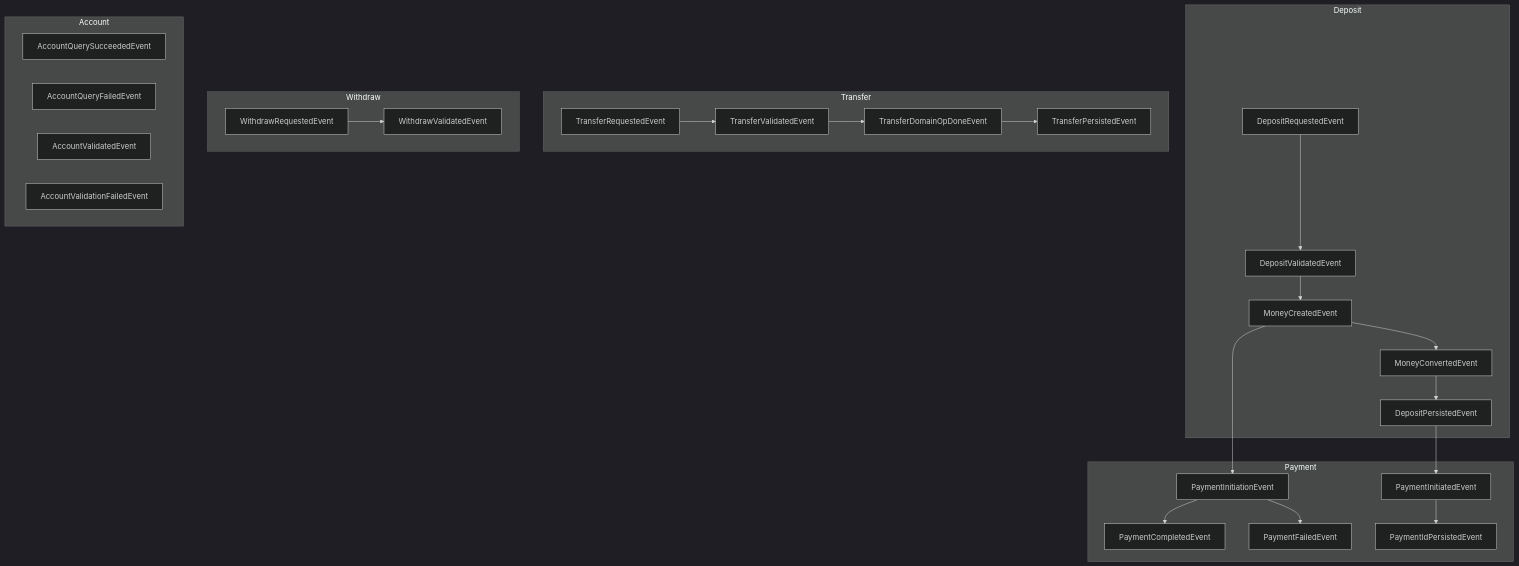
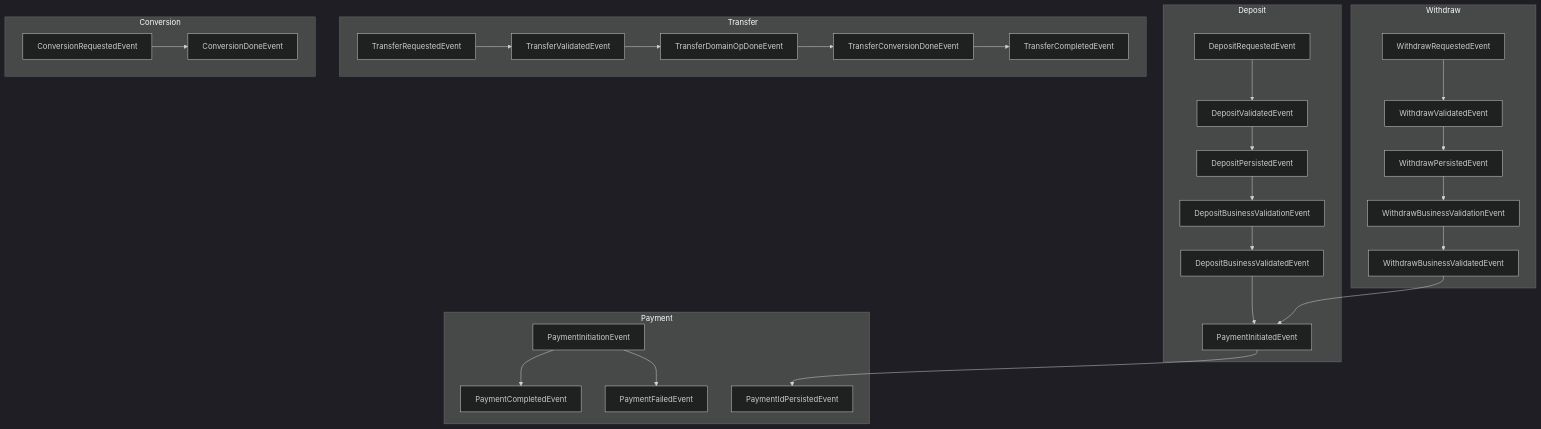
Before and after one commit to amirasaad/fintech: the diagram in docs/domain-events.md, drawn with Mermaid (dark theme). The commit also changed other lines of this file and 6 other files, not shown here.

First line of the commit message:
docs(workflow): 📚 Update architecture and event-driven docs for deposits and withdrawals

````diff
--- a/docs/domain-events.md
+++ b/docs/domain-events.md
@@ -45,39 +54,35 @@
 ```mermaid
 flowchart TD
     subgraph Deposit
-        A1[DepositRequestedEvent]
-        A2[DepositValidatedEvent]
-        A3[MoneyCreatedEvent]
-        A4[MoneyConvertedEvent]
-        A5[DepositPersistedEvent]
+        A1[DepositRequestedEvent] --> A2[DepositValidatedEvent]
+        A2 --> A3[DepositPersistedEvent]
+        A3 --> A4[DepositBusinessValidationEvent]
+        A4 --> A5[DepositBusinessValidatedEvent]
+        A5 --> B4[PaymentInitiatedEvent]
     end
+
+    subgraph Withdraw
+        D1[WithdrawRequestedEvent] --> D2[WithdrawValidatedEvent]
+        D2 --> D3[WithdrawPersistedEvent]
+        D3 --> D4[WithdrawBusinessValidationEvent]
+        D4 --> D5[WithdrawBusinessValidatedEvent]
+        D5 --> B4
+    end
+
+    subgraph Transfer
+        C1[TransferRequestedEvent] --> C2[TransferValidatedEvent]
+        C2 --> C3[TransferDomainOpDoneEvent]
+        C3 --> C4[TransferConversionDoneEvent]
+        C4 --> C5[TransferCompletedEvent]
+    end
+
     subgraph Payment
-        B1[PaymentInitiationEvent]
-        B2[PaymentCompletedEvent]
-        B3[PaymentFailedEvent]
-        B4[PaymentInitiatedEvent]
-        B5[PaymentIdPersistedEvent]
+        B1[PaymentInitiationEvent] --> B2[PaymentCompletedEvent]
+        B1 --> B3[PaymentFailedEvent]
+        B4 --> B5[PaymentIdPersistedEvent]
     end
-    subgraph Transfer
-        C1[TransferRequestedEvent]
-        C2[TransferValidatedEvent]
-        C3[TransferDomainOpDoneEvent]
-        C4[TransferPersistedEvent]
+
+    subgraph Conversion
+        E1[ConversionRequestedEvent] --> E2[ConversionDoneEvent]
     end
-    subgraph Withdraw
-        D1[WithdrawRequestedEvent]
-        D2[WithdrawValidatedEvent]
-    end
-    subgraph Account
-        E1[AccountQuerySucceededEvent]
-        E2[AccountQueryFailedEvent]
-        E3[AccountValidatedEvent]
-        E4[AccountValidationFailedEvent]
-    end
-    A1-->A2-->A3-->A4-->A5
-    A5-->B4-->B5
-    A3-->B1-->B2
-    B1-->B3
-    C1-->C2-->C3-->C4
-    D1-->D2
 ```
````
